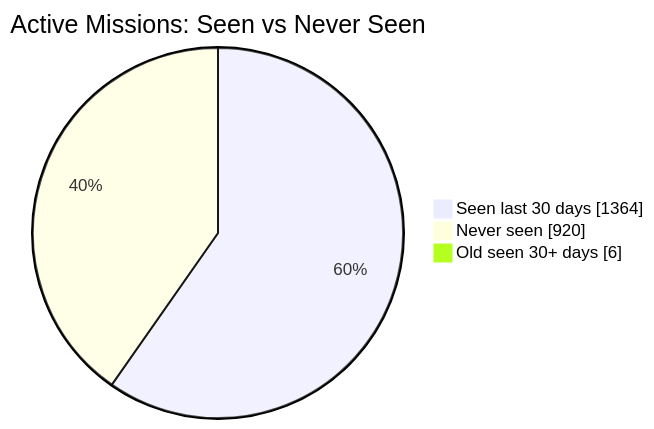
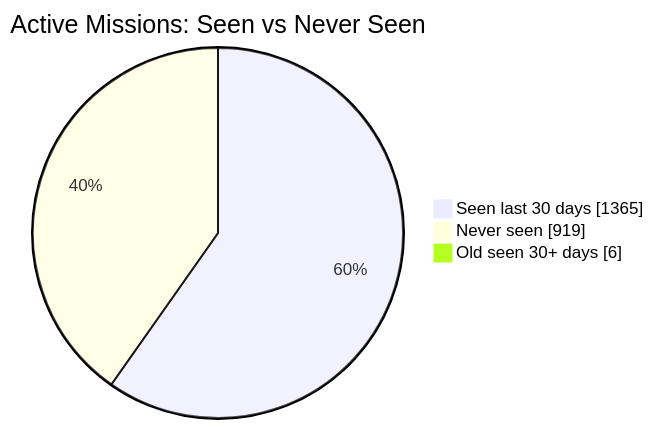
The first of 2 diagrams in README.md (MeldkamerspelGameTeam/active-missions), drawn with Mermaid before and after one commit. The commit also changed other lines of this file and 2 other files, not shown here.

````diff
--- a/README.md
+++ b/README.md
@@ -34,7 +34,7 @@
 ```mermaid
 pie showData
     title Active Missions: Seen vs Never Seen
-    "Seen last 30 days" : 1364
-    "Never seen" : 920
+    "Seen last 30 days" : 1365
+    "Never seen" : 919
     "Old seen 30+ days" : 6
 ```
````
